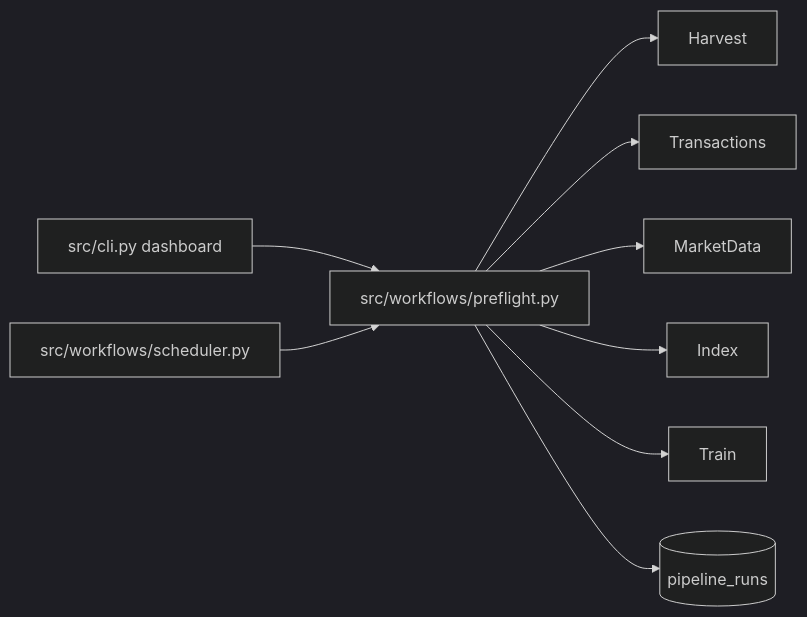
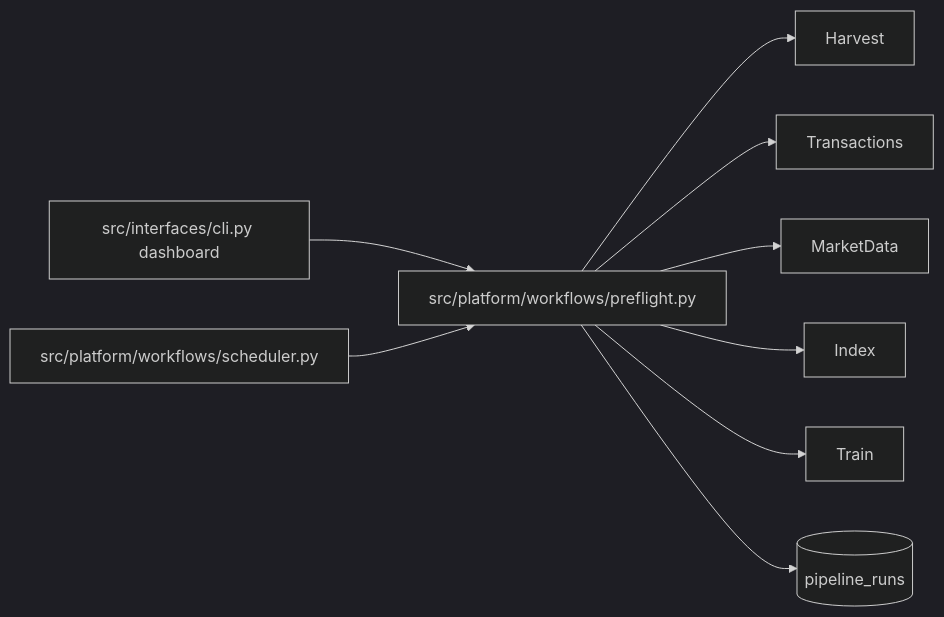
The first of 4 diagrams in docs/02_data_pipeline.md (Nirtzur0/PropertyScanner), drawn with Mermaid (dark theme) before and after one commit. The commit also changed other lines of this file and 374 other files, not shown here.

Commit message:
Refactor codebase to new domain-driven architecture

````diff
--- a/docs/02_data_pipeline.md
+++ b/docs/02_data_pipeline.md
@@ -9,11 +9,11 @@
 ```mermaid
 flowchart LR
-    UI["src/cli.py dashboard"] --> Preflight["src/workflows/preflight.py"]
-    Scheduler["src/workflows/scheduler.py"] --> Preflight
+    UI["src/interfaces/cli.py dashboard"] --> Preflight["src/platform/workflows/preflight.py"]
+    Scheduler["src/platform/workflows/scheduler.py"] --> Preflight
     Preflight --> Harvest
     Preflight --> Transactions
     Preflight --> MarketData
     Preflight --> Index
     Preflight --> Train
     Preflight --> Runs[("pipeline_runs")]
 ```
````
